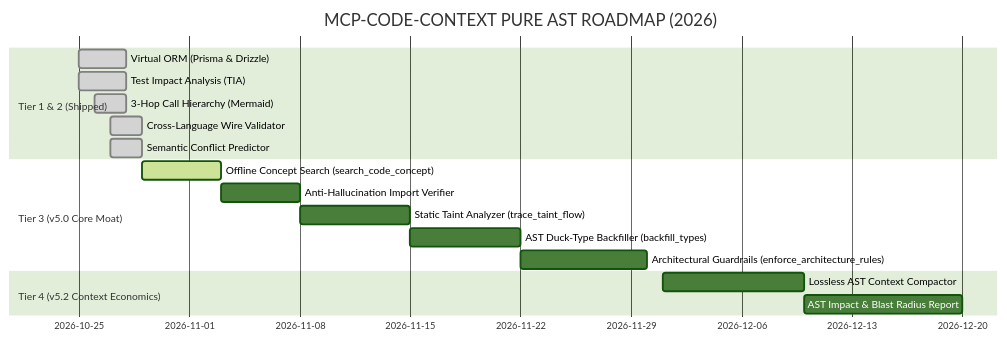
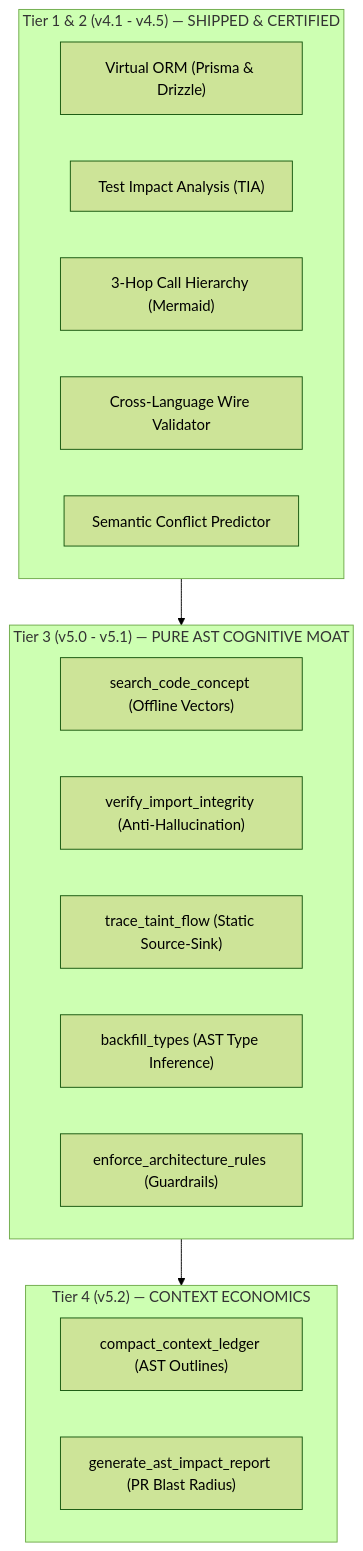
Before and after one commit to achatainga/mcp-code-context: the diagram in docs/ROADMAP-ENTERPRISE-AGENTIC-2026.md, drawn with Mermaid (forest theme). The commit also changed other lines of this file, not shown here.

Commit message:
fix(roadmap): replace unsupported gantt with flowchart TD diagram in roadmap

````diff
--- a/docs/ROADMAP-ENTERPRISE-AGENTIC-2026.md
+++ b/docs/ROADMAP-ENTERPRISE-AGENTIC-2026.md
@@ -171,20 +171,25 @@
 ```mermaid
-gantt
-    title MCP-CODE-CONTEXT PURE AST ROADMAP (2026)
-    dateFormat  YYYY-MM-DD
-    section Tier 1 & 2 (Shipped)
-    Virtual ORM (Prisma & Drizzle)       :done, t1, 2026-10-25, 2026-10-28
-    Test Impact Analysis (TIA)           :done, t2, 2026-10-25, 2026-10-28
-    3-Hop Call Hierarchy (Mermaid)       :done, t3, 2026-10-26, 2026-10-28
-    Cross-Language Wire Validator        :done, t4, 2026-10-27, 2026-10-29
-    Semantic Conflict Predictor          :done, t5, 2026-10-27, 2026-10-29
-    section Tier 3 (v5.0 Core Moat)
-    Offline Concept Search (search_code_concept) :active, t6, 2026-10-29, 2026-11-03
-    Anti-Hallucination Import Verifier  :t7, 2026-11-03, 2026-11-08
-    Static Taint Analyzer (trace_taint_flow) :t8, 2026-11-08, 2026-11-15
-    AST Duck-Type Backfiller (backfill_types) :t9, 2026-11-15, 2026-11-22
-    Architectural Guardrails (enforce_architecture_rules) :t10, 2026-11-22, 2026-11-30
-    section Tier 4 (v5.2 Context Economics)
-    Lossless AST Context Compactor       :t11, 2026-12-01, 2026-12-10
-    AST Impact & Blast Radius Report     :t12, 2026-12-10, 2026-12-20
+flowchart TD
+    subgraph Tier1_2["Tier 1 & 2 (v4.1 - v4.5) — SHIPPED & CERTIFIED"]
+        T1["Virtual ORM (Prisma & Drizzle)"]
+        T2["Test Impact Analysis (TIA)"]
+        T3["3-Hop Call Hierarchy (Mermaid)"]
+        T4["Cross-Language Wire Validator"]
+        T5["Semantic Conflict Predictor"]
+    end
+
+    subgraph Tier3["Tier 3 (v5.0 - v5.1) — PURE AST COGNITIVE MOAT"]
+        T6["search_code_concept (Offline Vectors)"]
+        T7["verify_import_integrity (Anti-Hallucination)"]
+        T8["trace_taint_flow (Static Source-Sink)"]
+        T9["backfill_types (AST Type Inference)"]
+        T10["enforce_architecture_rules (Guardrails)"]
+    end
+
+    subgraph Tier4["Tier 4 (v5.2) — CONTEXT ECONOMICS"]
+        T11["compact_context_ledger (AST Outlines)"]
+        T12["generate_ast_impact_report (PR Blast Radius)"]
+    end
+
+    Tier1_2 --> Tier3 --> Tier4
 ```
````
